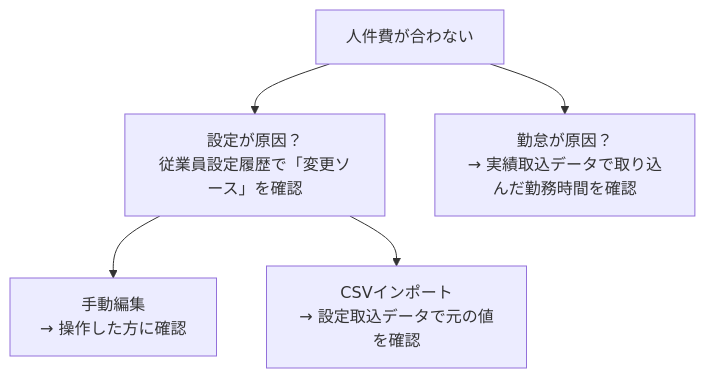
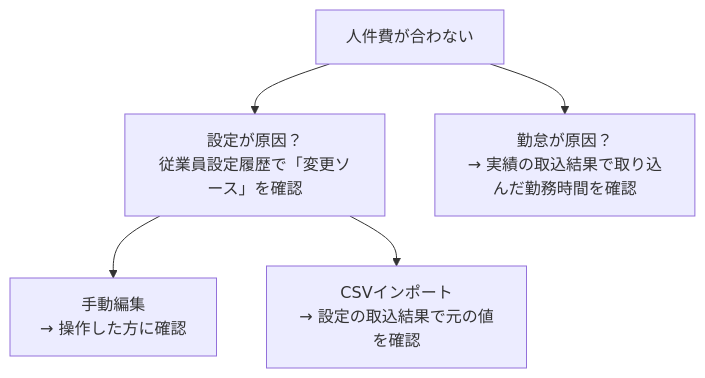
The diagram in 20260803_ヘルプページ_従業員管理_ドラフト.md (suguru789987/rakmy-employee-mgmt-spec), drawn with Mermaid before and after one commit. The commit also changed other lines of this file and 28 other files, not shown here.

````diff
--- a/20260803_ヘルプページ_従業員管理_ドラフト.md
+++ b/20260803_ヘルプページ_従業員管理_ドラフト.md
@@ -401,8 +401,8 @@
 ```mermaid
 flowchart TB
   Q["人件費が合わない"]
   Q --> S["設定が原因？<br/>従業員設定履歴で「変更ソース」を確認"]
   S --> S1["手動編集<br/>→ 操作した方に確認"]
-  S --> S2["CSVインポート<br/>→ 設定取込データで元の値を確認"]
-  Q --> K["勤怠が原因？<br/>→ 実績取込データで取り込んだ勤務時間を確認"]
+  S --> S2["CSVインポート<br/>→ 設定の取込結果で元の値を確認"]
+  Q --> K["勤怠が原因？<br/>→ 実績の取込結果で取り込んだ勤務時間を確認"]
 ```
````
